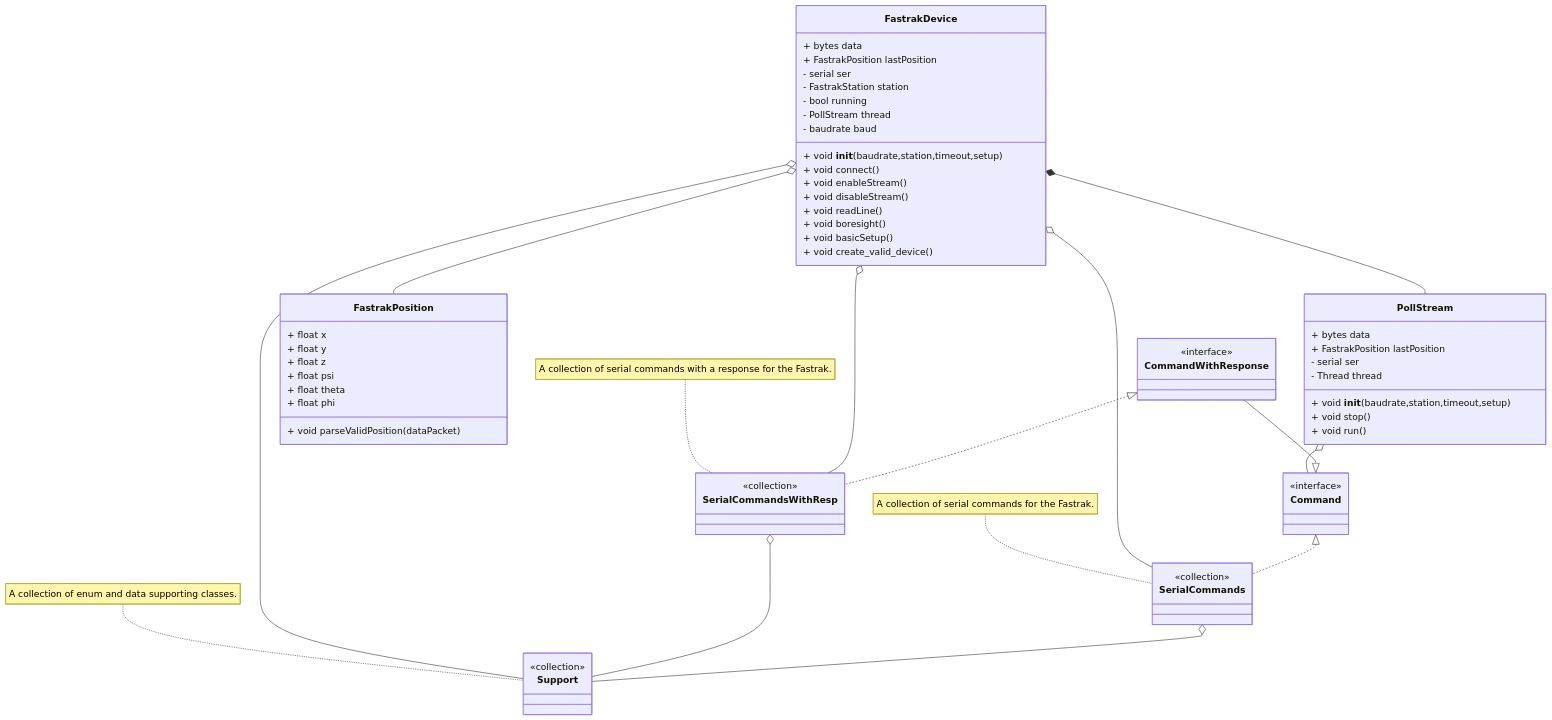
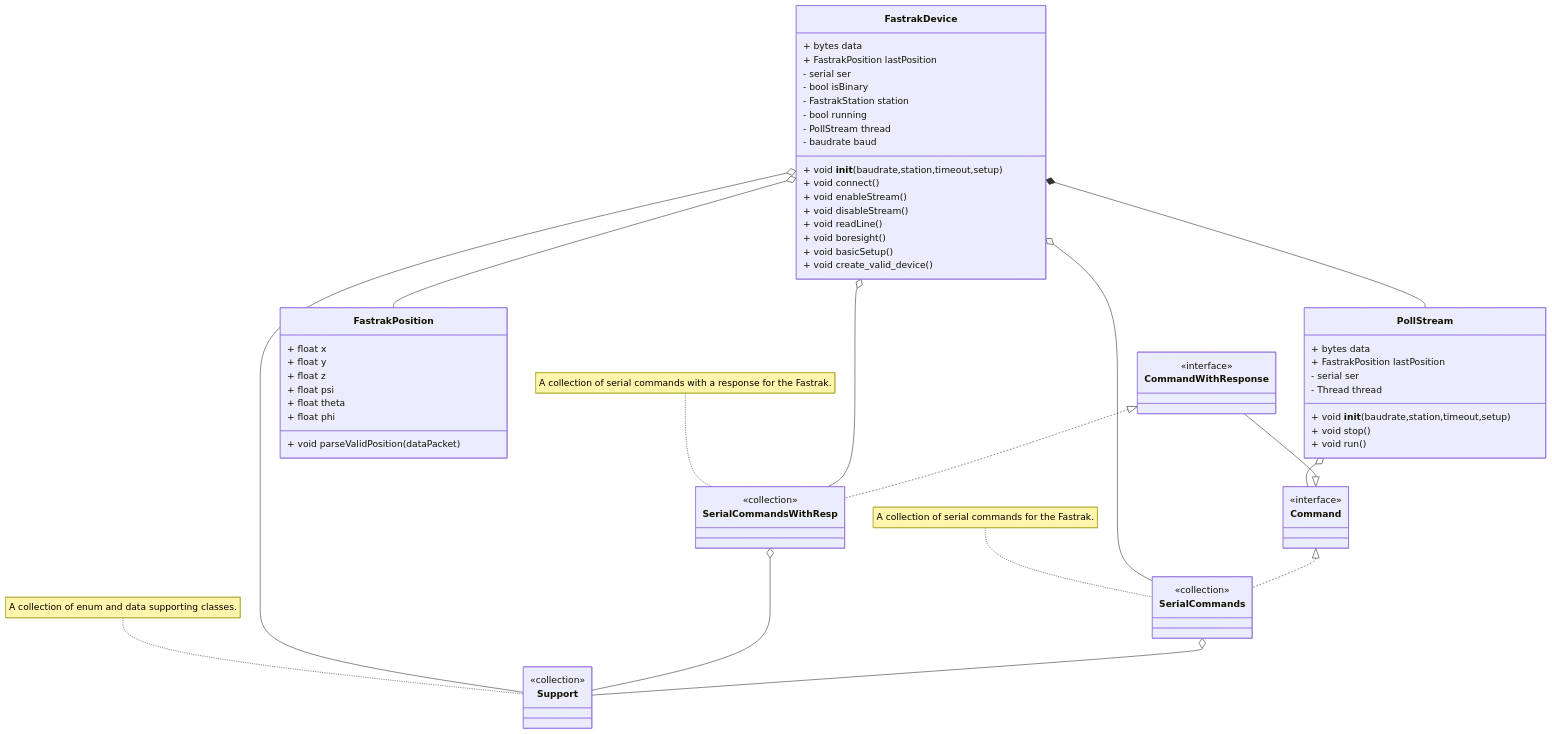
The third of 3 diagrams in docs/README.md (Nontrivial-Solutions/fastrak-serial-driver), drawn with Mermaid before and after one commit. The commit also changed 8 other files, not shown here.

````diff
--- a/docs/README.md
+++ b/docs/README.md
@@ -257,67 +257,68 @@
 ```mermaid
 classDiagram
 
     FastrakDevice o-- SerialCommandsWithResp
     FastrakDevice o-- SerialCommands
     FastrakDevice o-- Support 
     FastrakDevice *-- PollStream 
     FastrakDevice o-- FastrakPosition 
     PollStream o-- Command
 
     SerialCommandsWithResp o-- Support 
     SerialCommands o-- Support 
 
     CommandWithResponse --|> Command
     CommandWithResponse <|.. SerialCommandsWithResp
     Command <|.. SerialCommands
 
     class FastrakPosition{
         + void parseValidPosition(dataPacket)
         + float  x
         + float  y
         + float  z
         + float  psi
         + float  theta
         + float  phi
     }
 
     class PollStream{
         + void __init__(baudrate,station,timeout,setup)
         + void stop()
         + void run()
         + bytes data 
         + FastrakPosition lastPosition 
         - serial ser
         - Thread thread
     }
 
     class FastrakDevice{
         + void __init__(baudrate,station,timeout,setup)
         + void connect()
         + void enableStream()
         + void disableStream()
         + void readLine()
         + void boresight()
         + void basicSetup()
         + void create_valid_device()
         + bytes data 
         + FastrakPosition lastPosition 
         - serial ser
+        - bool isBinary
         - FastrakStation station
         - bool running
         - PollStream thread
         - baudrate baud
     }
 
     class Command{<<interface>>}
     class CommandWithResponse{<<interface>>}
     class Support{<<collection>>}
     class SerialCommands{<<collection>>}
     class SerialCommandsWithResp{<<collection>>}
 
     note for Support "A collection of enum and data supporting classes."
     note for SerialCommands "A collection of serial commands for the Fastrak."
     note for SerialCommandsWithResp "A collection of serial commands with a response for the Fastrak."
 
 
 ```
````
